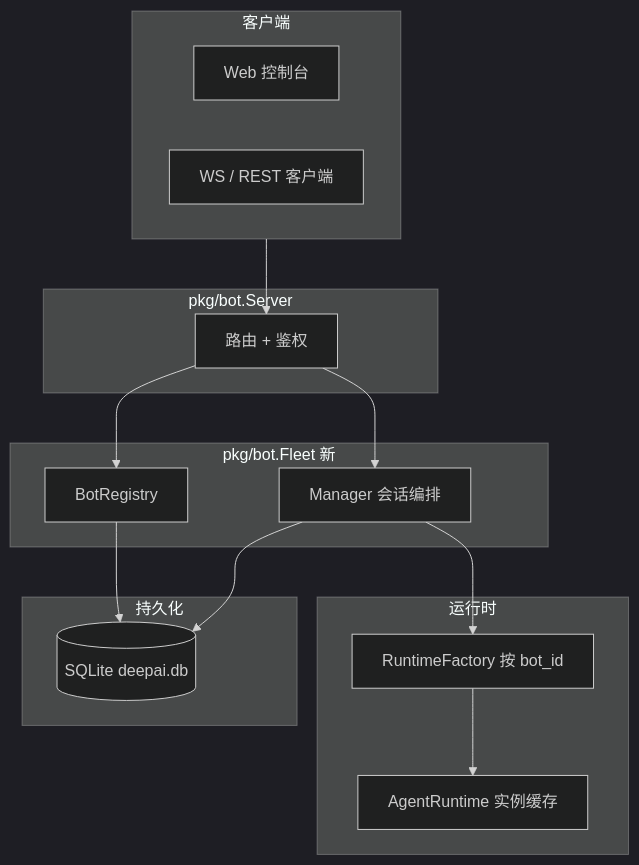
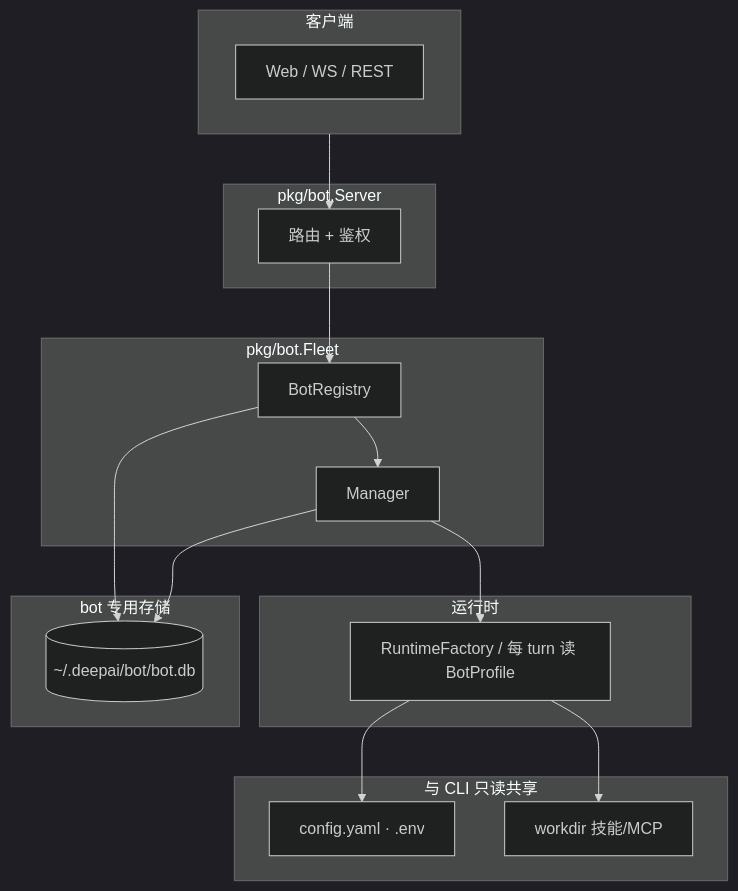
One commit to millken/deepai changed the diagram in docs/BOT_MULTI_DESIGN.md. Above: the diagram before and after it, drawn with Mermaid (dark theme). The commit also changed other lines of this file and 1 other file, not shown here.

First line of the commit message:
docs: multi-bot uses independent bot.db; close PR #42 review items

````diff
--- a/docs/BOT_MULTI_DESIGN.md
+++ b/docs/BOT_MULTI_DESIGN.md
@@ -65,28 +98,29 @@
 ```mermaid
 flowchart TB
   subgraph clients [客户端]
-    Web[Web 控制台]
-    WS[WS / REST 客户端]
+    Web[Web / WS / REST]
   end
   subgraph server [pkg/bot.Server]
     R[路由 + 鉴权]
   end
-  subgraph fleet [pkg/bot.Fleet 新]
+  subgraph fleet [pkg/bot.Fleet]
     BR[BotRegistry]
-    M[Manager 会话编排]
+    M[Manager]
   end
   subgraph runtime [运行时]
-    RF[RuntimeFactory 按 bot_id]
-    AR[AgentRuntime 实例缓存]
+    RF[RuntimeFactory / 每 turn 读 BotProfile]
   end
-  subgraph store [持久化]
-    DB[(SQLite deepai.db)]
+  subgraph store [bot 专用存储]
+    BDB[(~/.deepai/bot/bot.db)]
   end
-  clients --> R
-  R --> BR
-  R --> M
-  BR --> DB
+  subgraph shared [与 CLI 只读共享]
+    CFG[config.yaml · .env]
+    WD[workdir 技能/MCP]
+  end
+  clients --> R --> BR --> M
   M --> RF
-  RF --> AR
-  M --> DB
+  BR --> BDB
+  M --> BDB
+  RF --> CFG
+  RF --> WD
 ```
````
